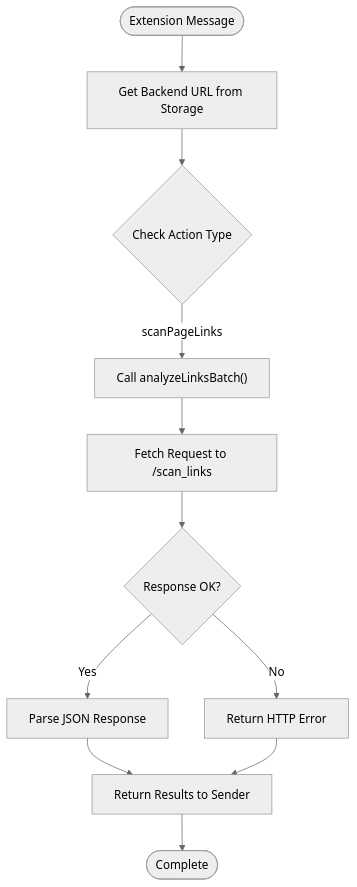
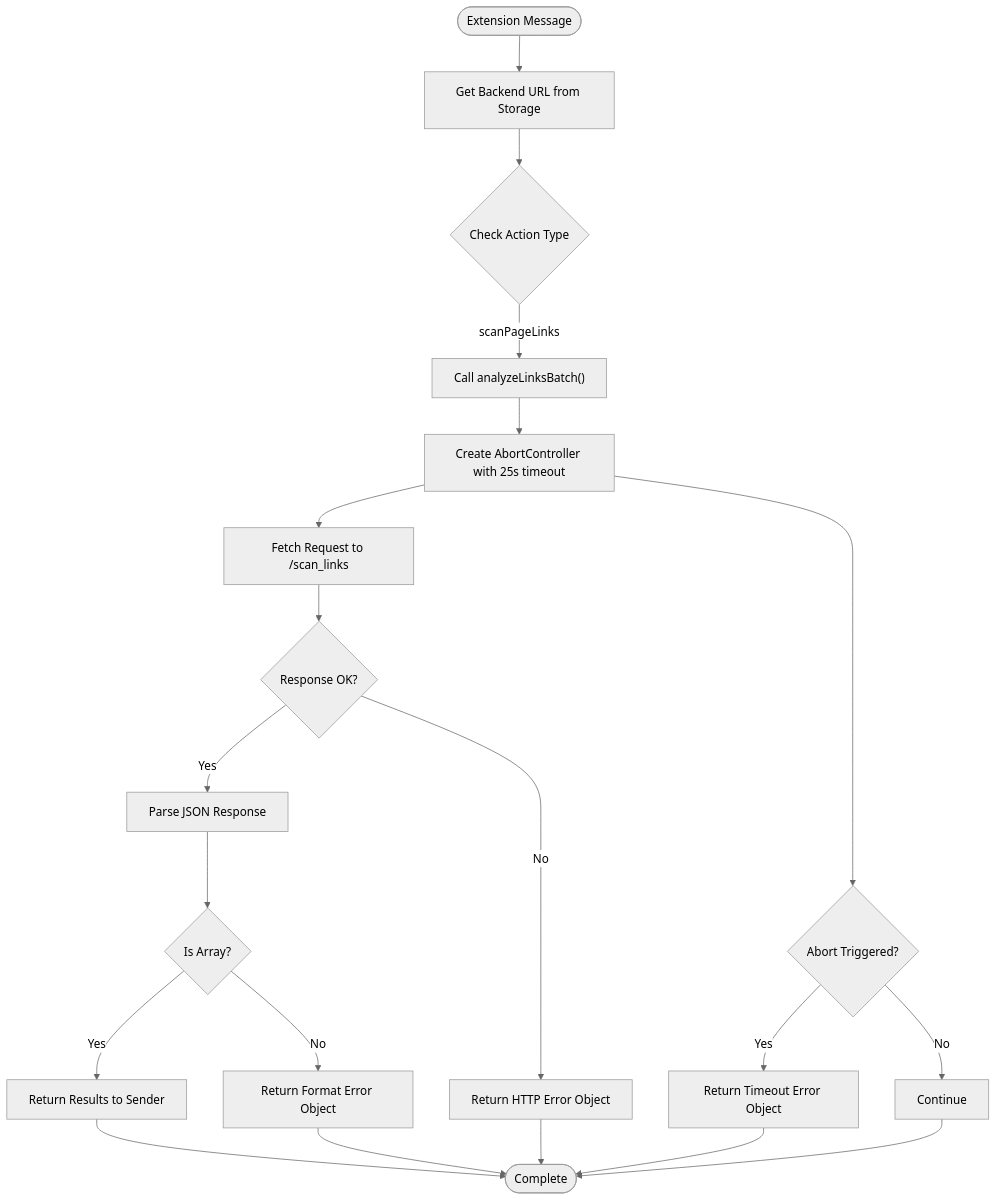
Before and after one commit to Aymanaahh/scrollguard-ai: the third of 7 diagrams in .qoder/repowiki/en/content/Chrome Extension Development.md, drawn with Mermaid (neutral theme). The commit also changed other lines of this file and 33 other files, not shown here.

````diff
--- a/.qoder/repowiki/en/content/Chrome Extension Development.md
+++ b/.qoder/repowiki/en/content/Chrome Extension Development.md
@@ -214,13 +225,22 @@
 ```mermaid
 flowchart TD
 Start(["Extension Message"]) --> GetURL["Get Backend URL from Storage"]
 GetURL --> CheckAction{"Check Action Type"}
 CheckAction --> |scanPageLinks| Analyze["Call analyzeLinksBatch()"]
-Analyze --> Fetch["Fetch Request to /scan_links"]
+Analyze --> Timeout["Create AbortController with 25s timeout"]
+Timeout --> Fetch["Fetch Request to /scan_links"]
 Fetch --> Response{"Response OK?"}
 Response --> |Yes| Parse["Parse JSON Response"]
-Response --> |No| Error["Return HTTP Error"]
-Parse --> Return["Return Results to Sender"]
-Error --> Return
-Return --> End(["Complete"])
+Response --> |No| HTTPError["Return HTTP Error Object"]
+Parse --> ArrayCheck{"Is Array?"}
+ArrayCheck --> |Yes| Return["Return Results to Sender"]
+ArrayCheck --> |No| FormatError["Return Format Error Object"]
+Timeout --> Abort{"Abort Triggered?"}
+Abort --> |Yes| AbortError["Return Timeout Error Object"]
+Abort --> |No| Continue
+Continue --> End(["Complete"])
+HTTPError --> End
+FormatError --> End
+AbortError --> End
+Return --> End
 ```
````
